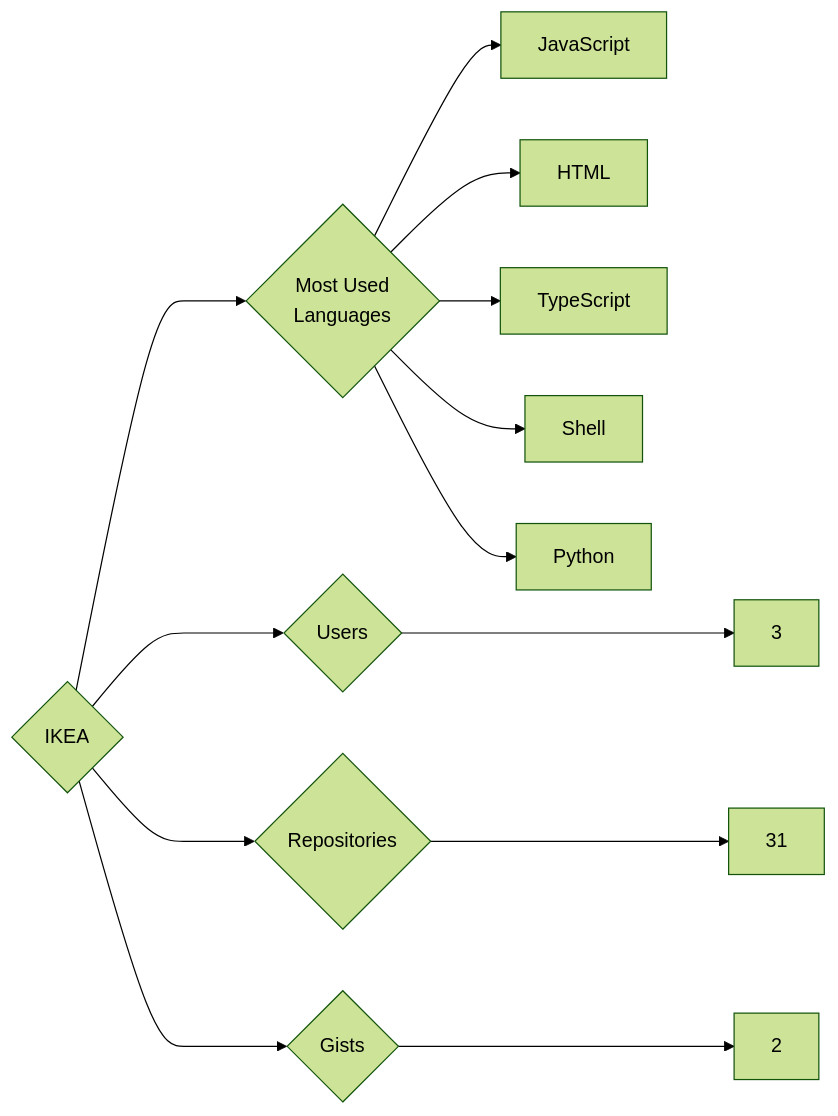
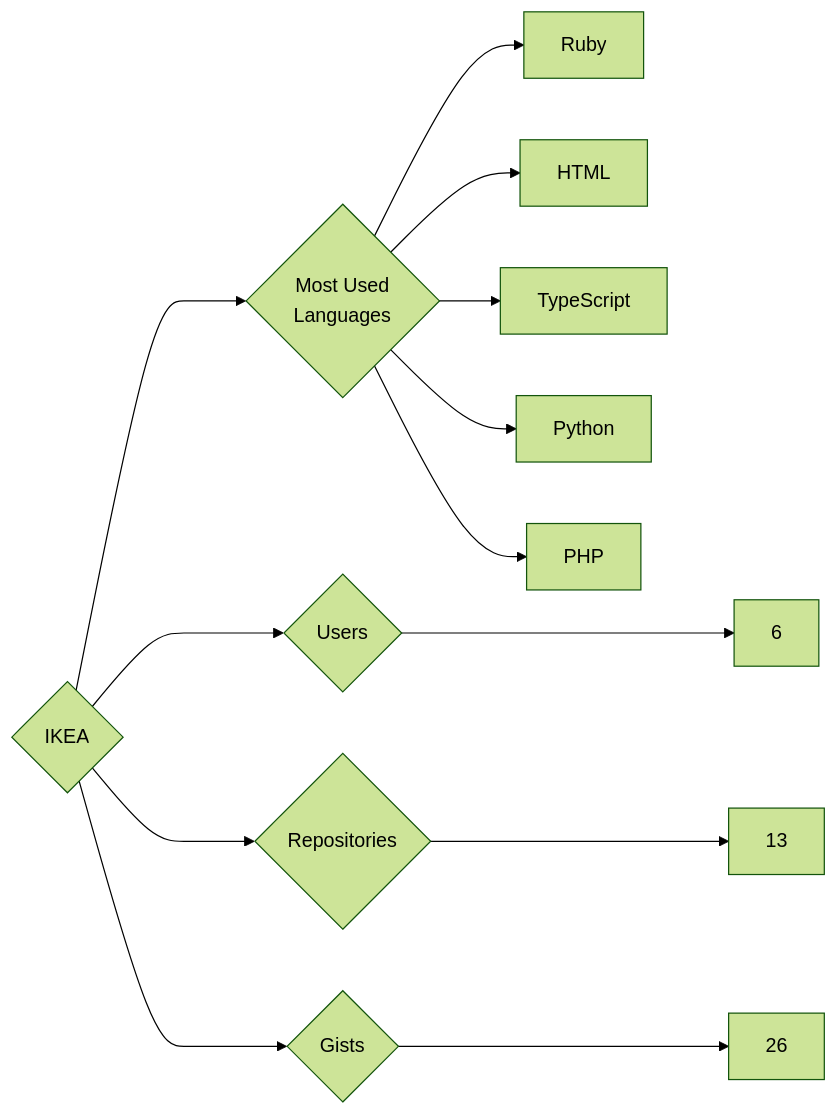
The diagram in targets/IKEA/README.md (trickest/insiders), drawn with Mermaid (forest theme) before and after one commit. The commit also changed 880 other files, not shown here.

````diff
--- a/targets/IKEA/README.md
+++ b/targets/IKEA/README.md
@@ -3,13 +3,13 @@
 ```mermaid
 graph LR
 COMPANY_NAME{IKEA}
-COMPANY_NAME ---> U{Users} ---> UN[3]
-COMPANY_NAME ---> R{Repositories} ---> RN[31]
-COMPANY_NAME ---> G{Gists} ---> GN[2]
+COMPANY_NAME ---> U{Users} ---> UN[6]
+COMPANY_NAME ---> R{Repositories} ---> RN[13]
+COMPANY_NAME ---> G{Gists} ---> GN[26]
 COMPANY_NAME ---> ML{Most Used<br>Languages}
-ML --> JavaScript[JavaScript]
+ML --> Ruby[Ruby]
 ML --> HTML[HTML]
 ML --> TypeScript[TypeScript]
-ML --> Shell[Shell]
 ML --> Python[Python]
+ML --> PHP[PHP]
 ```
````
